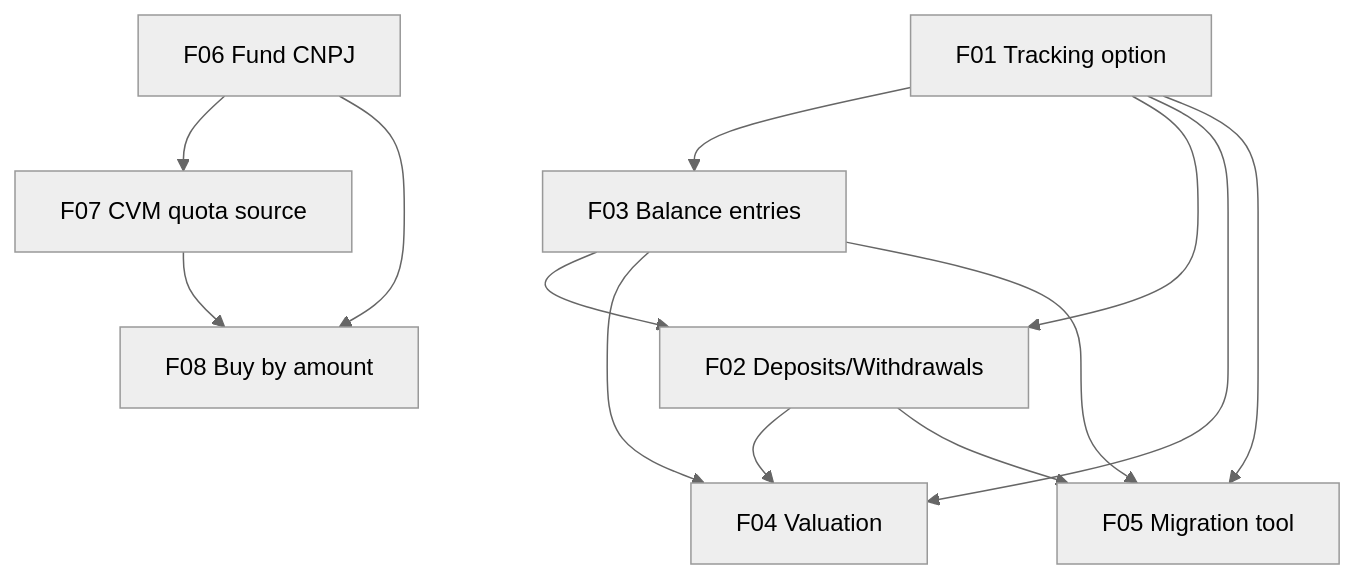
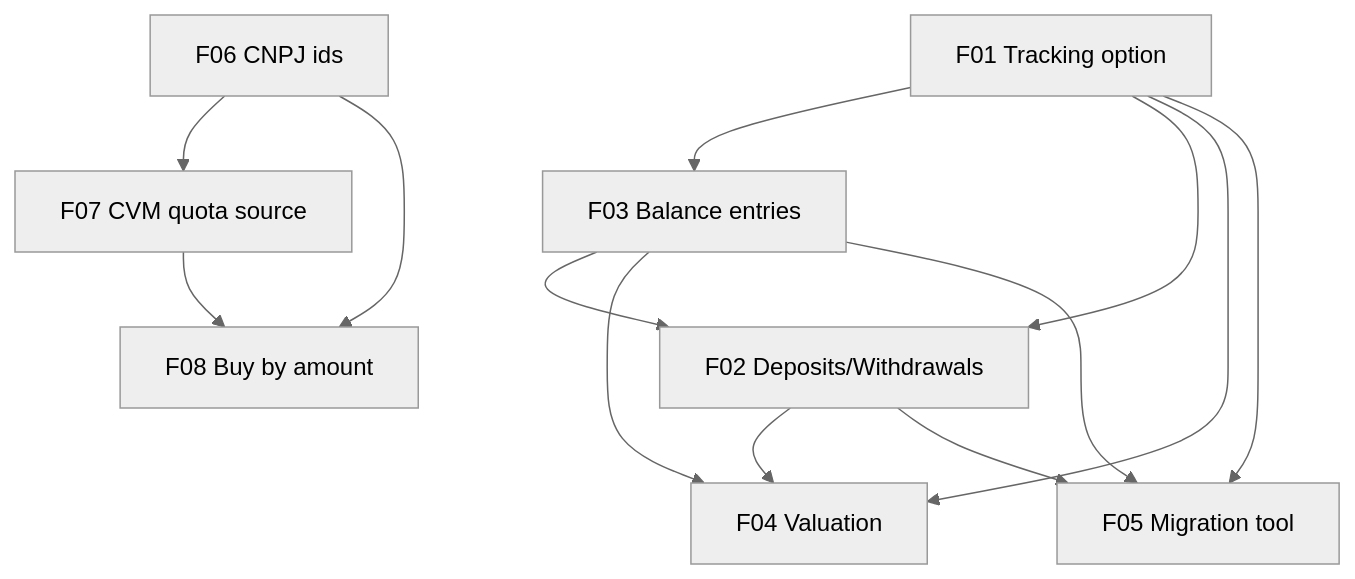
The diagram in docs/prd/P69-prd-investments-without-quantity/prd-investments-without-quantity.md (ggibellato/Financial), drawn with Mermaid (neutral theme) before and after one commit. The commit also changed other lines of this file and 4 other files, not shown here.

````diff
--- a/docs/prd/P69-prd-investments-without-quantity/prd-investments-without-quantity.md
+++ b/docs/prd/P69-prd-investments-without-quantity/prd-investments-without-quantity.md
@@ -416,15 +425,15 @@
 ```mermaid
 graph TD
   F01[F01 Tracking option] --> F03[F03 Balance entries]
   F01 --> F02[F02 Deposits/Withdrawals]
   F03 --> F02
   F01 --> F04[F04 Valuation]
   F02 --> F04
   F03 --> F04
   F01 --> F05[F05 Migration tool]
   F02 --> F05
   F03 --> F05
-  F06[F06 Fund CNPJ] --> F07[F07 CVM quota source]
+  F06[F06 CNPJ ids] --> F07[F07 CVM quota source]
   F06 --> F08[F08 Buy by amount]
   F07 --> F08
 ```
````
